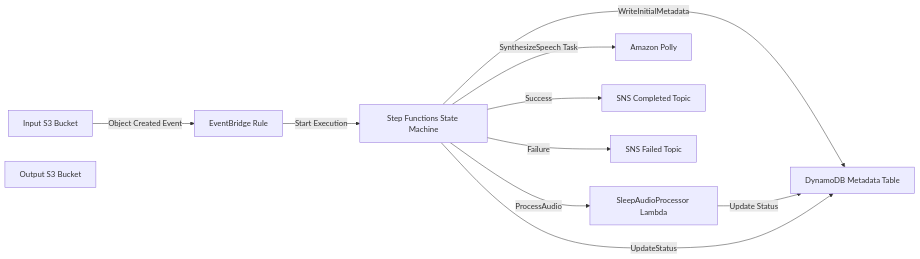
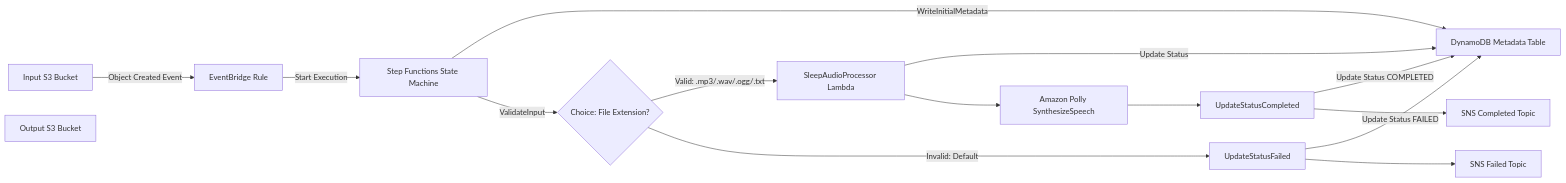
One commit to obstreperous-ai/cdk-sleep-csharp-kiro changed the second of 2 diagrams in docs/ARCHITECTURE.md. Above: the diagram before and after it, drawn with Mermaid. The commit also changed other lines of this file and 9 other files, not shown here.

First line of the commit message:
feat: complete pipeline wiring with input validation and end-to-end flow

````diff
--- a/docs/ARCHITECTURE.md
+++ b/docs/ARCHITECTURE.md
@@ -90,13 +92,17 @@
 ```mermaid
 flowchart LR
     A[Input S3 Bucket] -->|Object Created Event| B[EventBridge Rule]
     B -->|Start Execution| C[Step Functions State Machine]
     C -->|WriteInitialMetadata| D[DynamoDB Metadata Table]
-    C -->|ProcessAudio| I[SleepAudioProcessor Lambda]
+    C -->|ValidateInput| V{Choice: File Extension?}
+    V -->|Valid: .mp3/.wav/.ogg/.txt| I[SleepAudioProcessor Lambda]
     I -->|Update Status| D
-    C -->|SynthesizeSpeech Task| E[Amazon Polly]
-    C -->|UpdateStatus| D
-    C -->|Success| G[SNS Completed Topic]
-    C -->|Failure| H[SNS Failed Topic]
+    V -->|Invalid: Default| UF[UpdateStatusFailed]
+    UF -->|Update Status FAILED| D
+    UF --> H[SNS Failed Topic]
+    I --> E[Amazon Polly SynthesizeSpeech]
+    E --> UC[UpdateStatusCompleted]
+    UC -->|Update Status COMPLETED| D
+    UC --> G[SNS Completed Topic]
     F[Output S3 Bucket]
 ```
````
